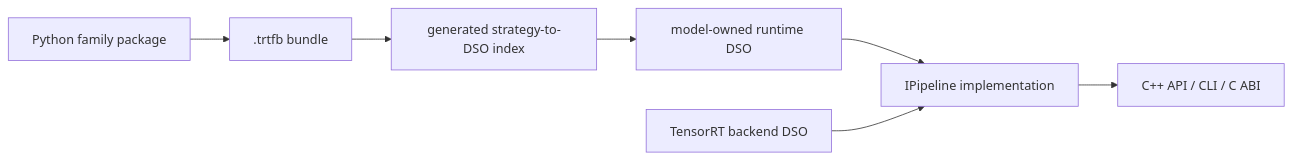
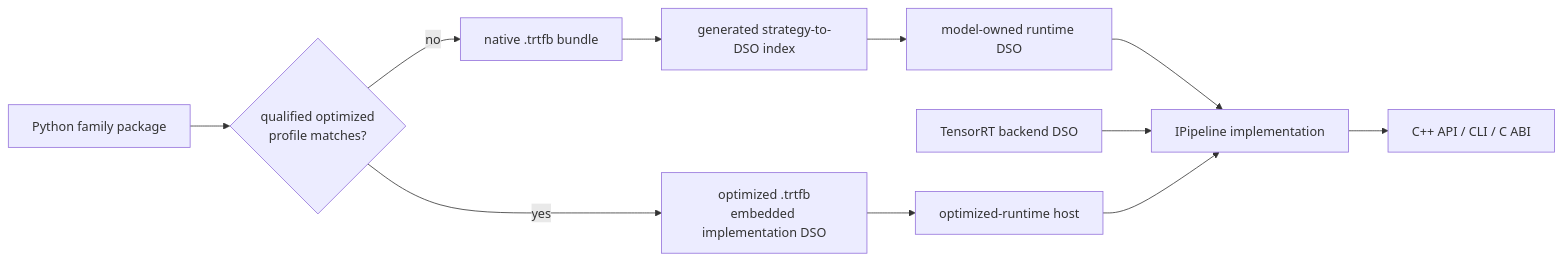
Before and after one commit to NVIDIA/TensorRT-Model-Connect: the first of 4 diagrams in website/docs/unit-design/building-blocks.md, drawn with Mermaid. The commit also changed other lines of this file and 76 other files, not shown here.

````diff
--- a/website/docs/unit-design/building-blocks.md
+++ b/website/docs/unit-design/building-blocks.md
@@ -7,9 +7,13 @@
 ```mermaid
 flowchart LR
-  Family["Python family package"] --> Bundle[".trtfb bundle"]
+  Family["Python family package"] --> Route{"qualified optimized<br/>profile matches?"}
+  Route -->|no| Bundle["native .trtfb bundle"]
+  Route -->|yes| Optimized["optimized .trtfb<br/>embedded implementation DSO"]
   Bundle --> Loader["generated strategy-to-DSO index"]
   Loader --> ModelDSO["model-owned runtime DSO"]
   ModelDSO --> Pipeline["IPipeline implementation"]
   Backend["TensorRT backend DSO"] --> Pipeline
+  Optimized --> Provider["optimized-runtime host"]
+  Provider --> Pipeline
   Pipeline --> API["C++ API / CLI / C ABI"]
 ```
````
